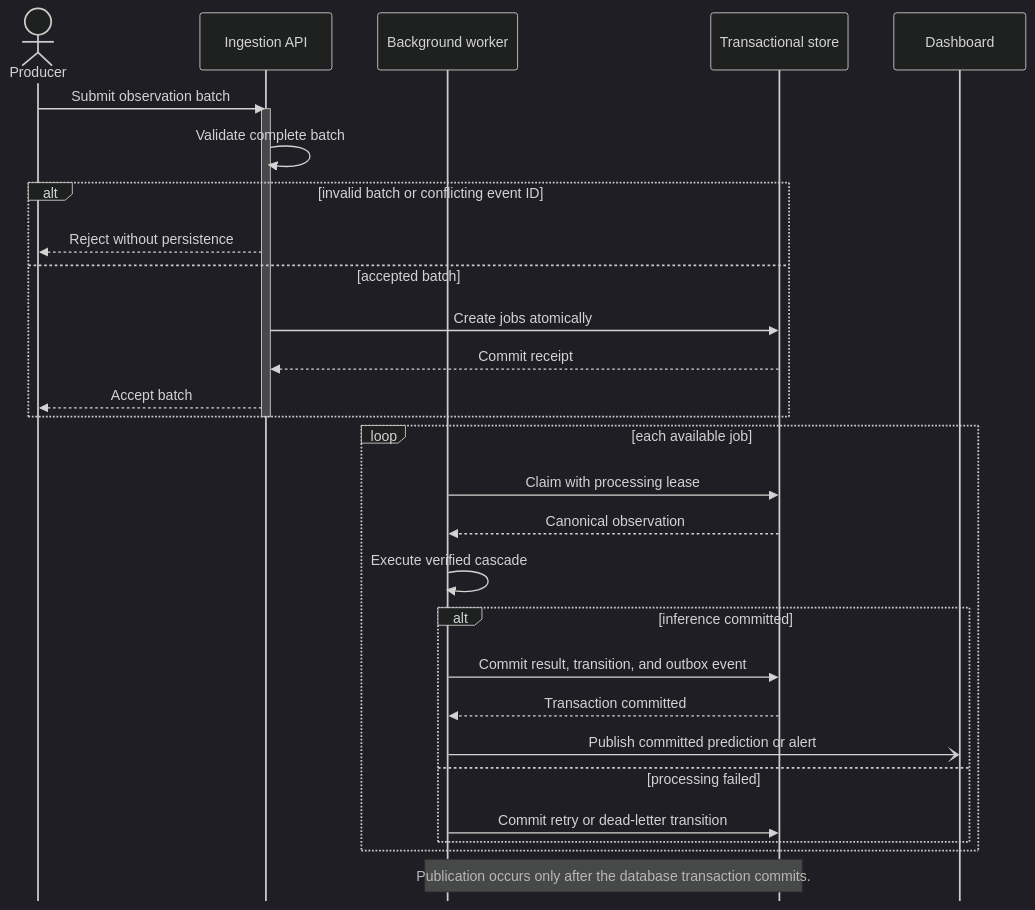
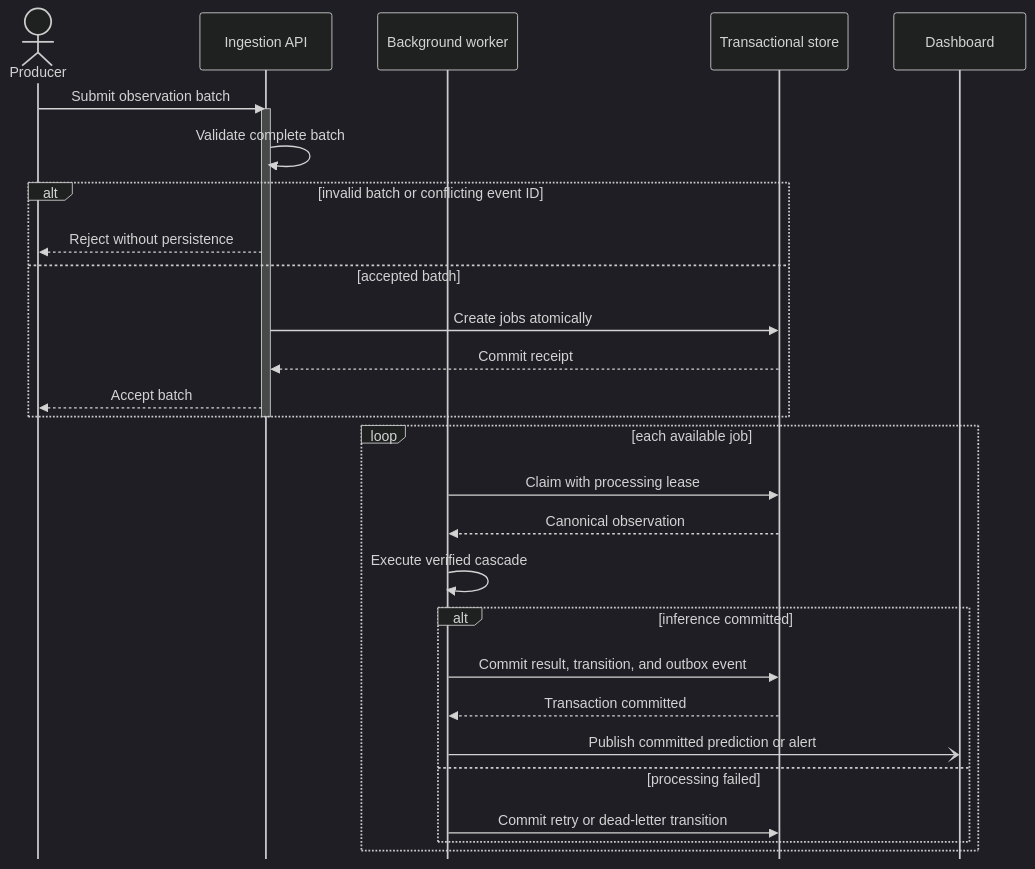
One commit to ZakariaElKhaldi/4iir-sr changed the diagram in diagrams/02-ingestion-sequence.mmd. Above: the diagram before and after it, drawn with Mermaid (dark theme). The commit also changed 53 other files, not shown here.

```diff
--- a/diagrams/02-ingestion-sequence.mmd
+++ b/diagrams/02-ingestion-sequence.mmd
@@ -1,40 +1,38 @@
 ---
 config:
   sequence:
     mirrorActors: false
     actorMargin: 52
     messageMargin: 32
 ---
 sequenceDiagram
     actor Producer
     participant API as Ingestion API
     participant Worker as Background worker
     participant Store as Transactional store
     participant UI as Dashboard
 
     Producer->>API: Submit observation batch
     activate API
     API->>API: Validate complete batch
     alt invalid batch or conflicting event ID
         API-->>Producer: Reject without persistence
     else accepted batch
         API->>Store: Create jobs atomically
         Store-->>API: Commit receipt
         API-->>Producer: Accept batch
     end
     deactivate API
 
     loop each available job
         Worker->>Store: Claim with processing lease
         Store-->>Worker: Canonical observation
         Worker->>Worker: Execute verified cascade
         alt inference committed
             Worker->>Store: Commit result, transition, and outbox event
             Store-->>Worker: Transaction committed
             Worker-)UI: Publish committed prediction or alert
         else processing failed
             Worker->>Store: Commit retry or dead-letter transition
         end
     end
-
-    note over Worker,Store: Publication occurs only after the database transaction commits.
```
